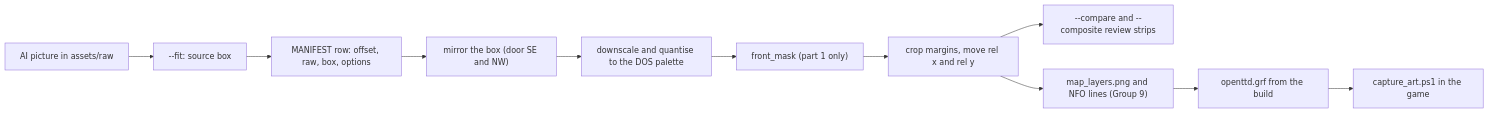
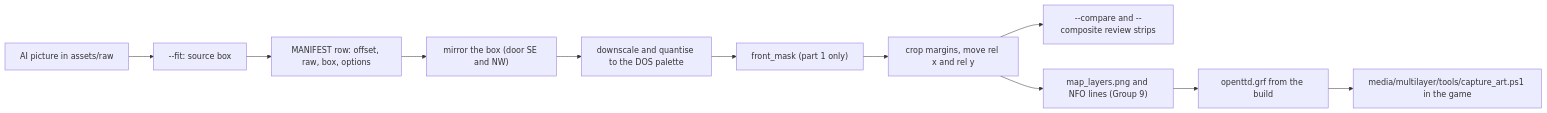
Before and after one commit to Kyliathy/OpenTTD: the first of 2 diagrams in docs/zz-reach2/upgrades/2026-10/r2mlm13-layer-art-review-and-new-sprites.md, drawn with Mermaid. The commit also changed other lines of this file and 1362 other files, not shown here.

````diff
--- a/docs/zz-reach2/upgrades/2026-10/r2mlm13-layer-art-review-and-new-sprites.md
+++ b/docs/zz-reach2/upgrades/2026-10/r2mlm13-layer-art-review-and-new-sprites.md
@@ -183,13 +185,13 @@
 ```mermaid
 flowchart LR
     A["AI picture in assets/raw"] --> B["--fit: source box"]
     B --> C["MANIFEST row: offset, raw, box, options"]
     C --> D["mirror the box (door SE and NW)"]
     D --> E["downscale and quantise to the DOS palette"]
     E --> F["front_mask (part 1 only)"]
     F --> G["crop margins, move rel x and rel y"]
     G --> H["--compare and --composite review strips"]
     G --> I["map_layers.png and NFO lines (Group 9)"]
     I --> J["openttd.grf from the build"]
-    J --> K["capture_art.ps1 in the game"]
+    J --> K["media/multilayer/tools/capture_art.ps1 in the game"]
 ```
````
